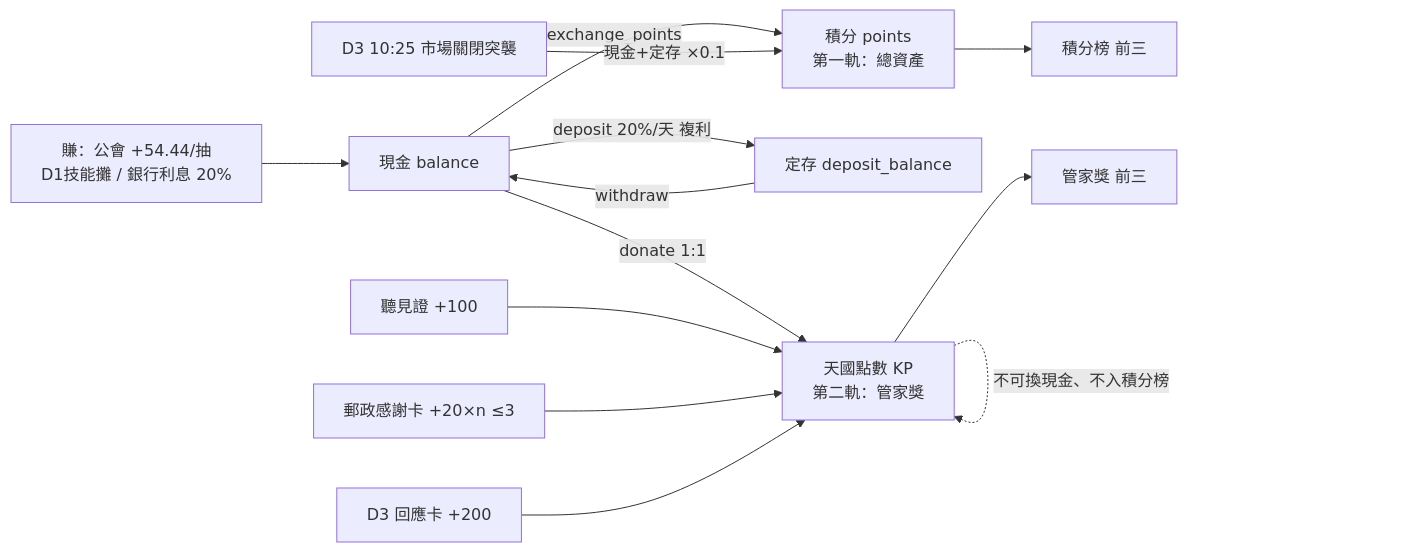
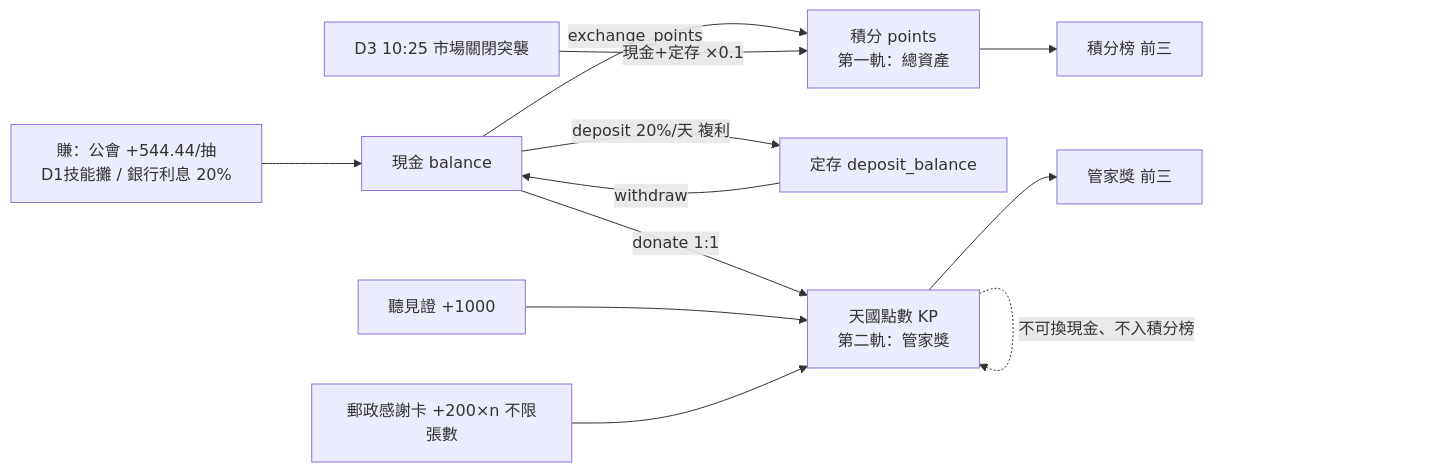
Before and after one commit to mushding/2026-bilingual-camp-little-market: the second of 7 diagrams in docs/app/33-架構與部署.md, drawn with Mermaid. The commit also changed other lines of this file and 21 other files, not shown here.

````diff
--- a/docs/app/33-架構與部署.md
+++ b/docs/app/33-架構與部署.md
@@ -49,17 +49,16 @@
 ```mermaid
 flowchart LR
-  Earn[賺：公會 +54.44/抽<br/>D1技能攤 / 銀行利息 20%] --> Cash[現金 balance]
+  Earn[賺：公會 +544.44/抽<br/>D1技能攤 / 銀行利息 20%] --> Cash[現金 balance]
   Cash -->|exchange_points| PT[積分 points<br/>第一軌：總資產]
   Cash -->|deposit 20%/天 複利| DEP[定存 deposit_balance]
   DEP -->|withdraw| Cash
   Cash -->|donate 1:1| KP[天國點數 KP<br/>第二軌：管家獎]
-  Wit[聽見證 +100] --> KP
-  Mail[郵政感謝卡 +20×n ≤3] --> KP
-  Resp[D3 回應卡 +200] --> KP
+  Wit[聽見證 +1000] --> KP
+  Mail[郵政感謝卡 +200×n 不限張數] --> KP
 
   Close["D3 10:25 市場關閉突襲"] -->|"現金+定存 ×0.1"| PT
   KP -. 不可換現金、不入積分榜 .-> KP
 
   PT --> Rank1[積分榜 前三]
   KP --> Rank2[管家獎 前三]
 ```
````
